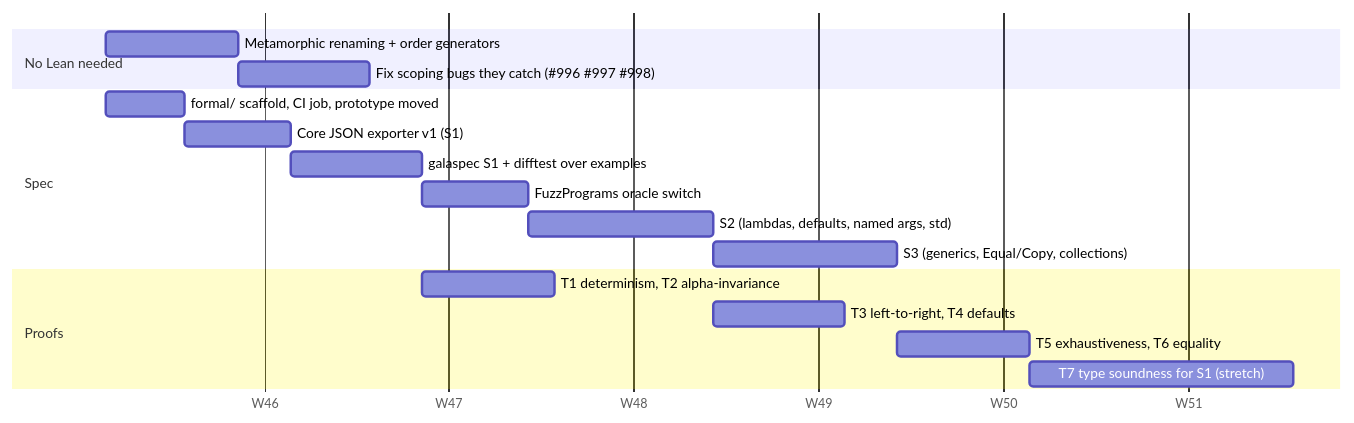
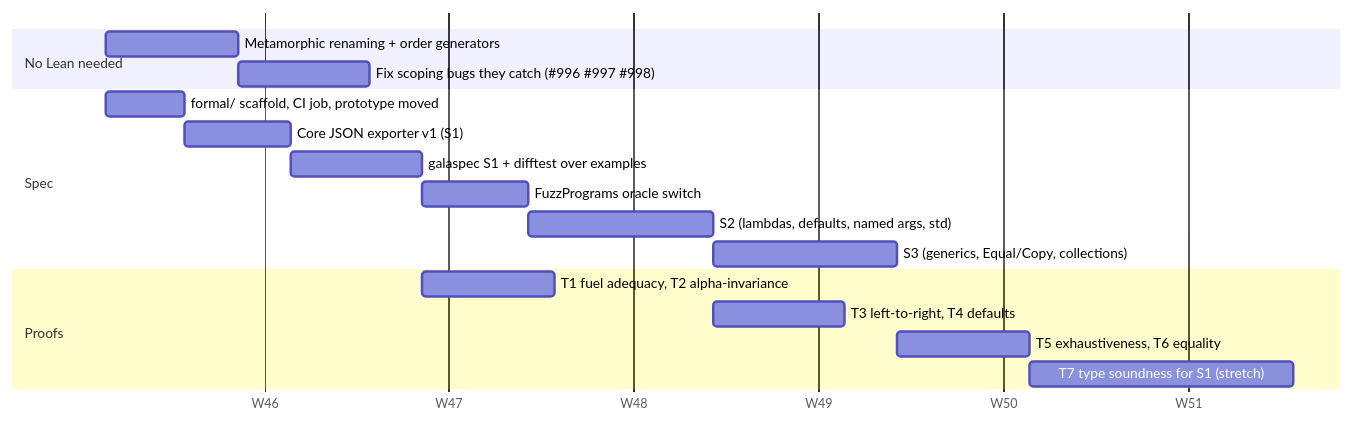
One commit to martianoff/gala changed the fifth of 5 diagrams in docs/FORMAL_SEMANTICS.MD. Above: the diagram before and after it, drawn with Mermaid. The commit also changed other lines of this file and 4 other files, not shown here.

````diff
--- a/docs/FORMAL_SEMANTICS.MD
+++ b/docs/FORMAL_SEMANTICS.MD
@@ -408,20 +409,20 @@
 ```mermaid
 gantt
     dateFormat  YYYY-MM-DD
     axisFormat  W%W
     section No Lean needed
     Metamorphic renaming + order generators   :m1, 2026-11-16, 5d
     Fix scoping bugs they catch (#996 #997 #998) :m2, after m1, 5d
     section Spec
     formal/ scaffold, CI job, prototype moved  :s0, 2026-11-16, 3d
     Core JSON exporter v1 (S1)                 :s1, after s0, 4d
     galaspec S1 + difftest over examples       :s2, after s1, 5d
     FuzzPrograms oracle switch                 :s3, after s2, 4d
     S2 (lambdas, defaults, named args, std)    :s4, after s3, 7d
     S3 (generics, Equal/Copy, collections)     :s5, after s4, 7d
     section Proofs
-    T1 determinism, T2 alpha-invariance        :p1, after s2, 5d
+    T1 fuel adequacy, T2 alpha-invariance      :p1, after s2, 5d
     T3 left-to-right, T4 defaults              :p2, after s4, 5d
     T5 exhaustiveness, T6 equality             :p3, after s5, 5d
     T7 type soundness for S1 (stretch)         :p4, after p3, 10d
 ```
````
